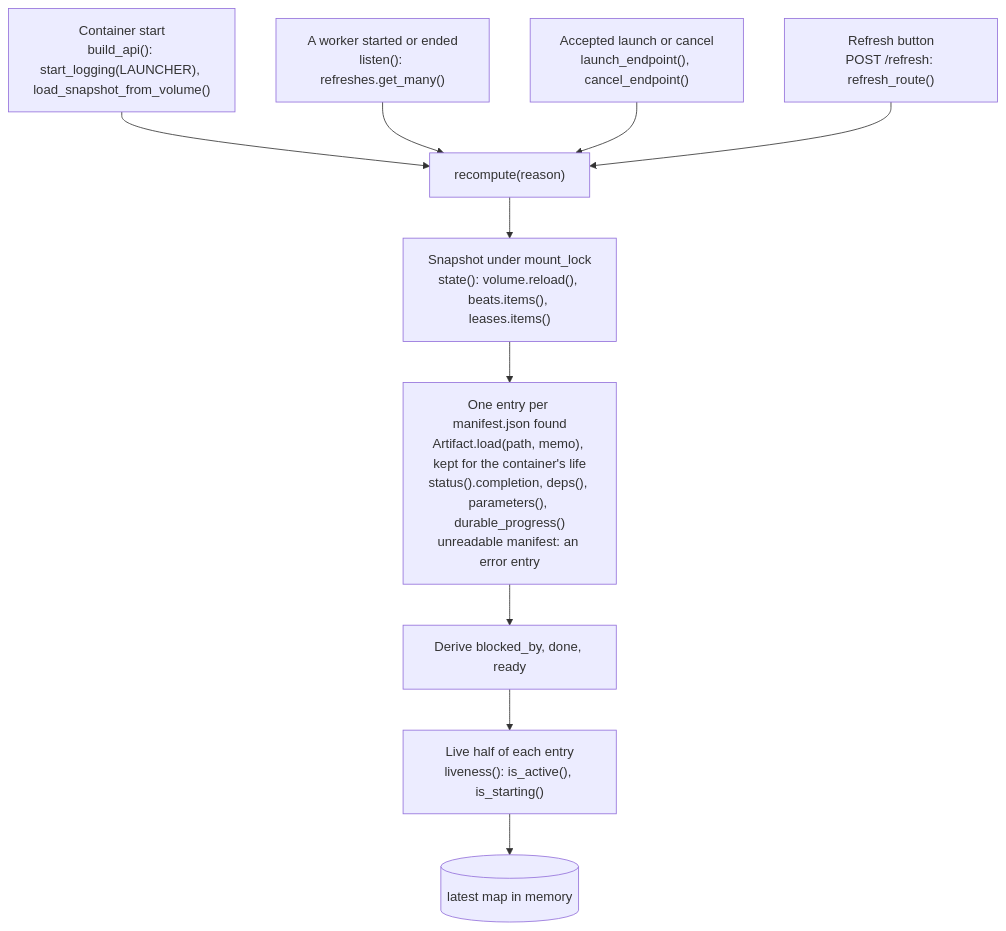
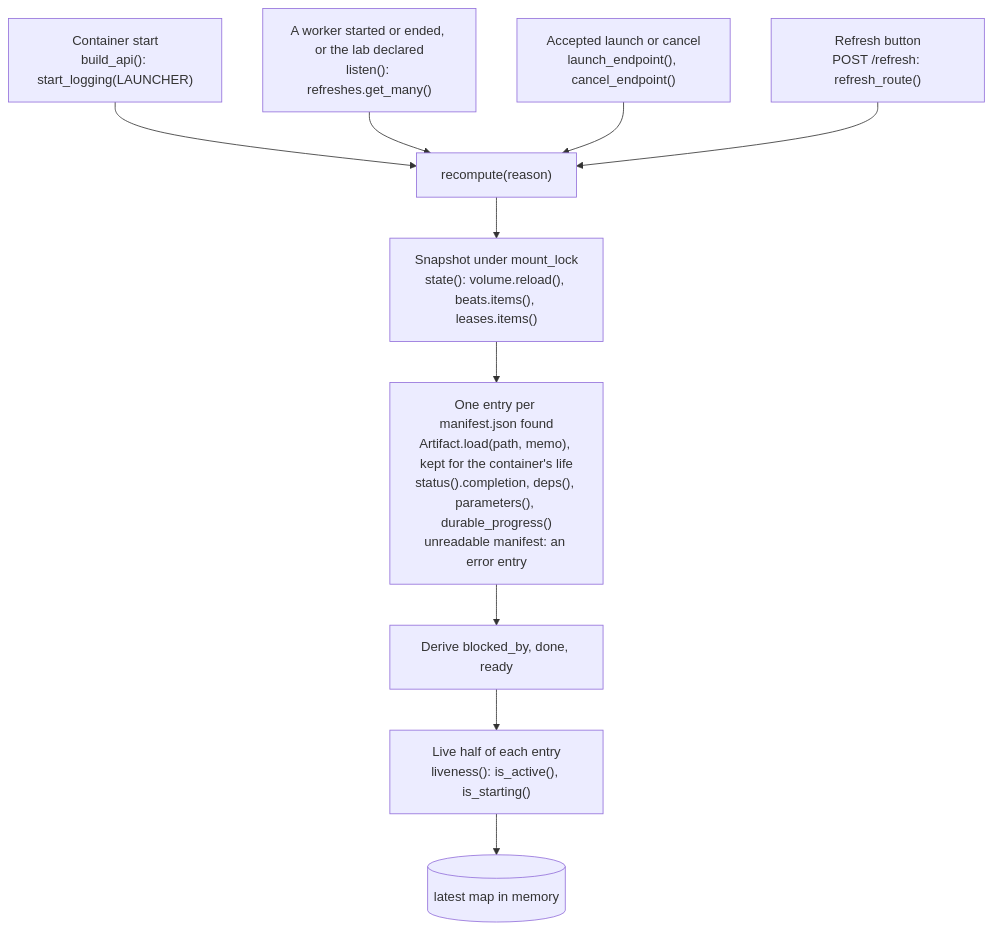
The second of 4 diagrams in docs/launcher.md (ocanphys/launchpad), drawn with Mermaid before and after one commit. The commit also changed other lines of this file and 43 other files, not shown here.

````diff
--- a/docs/launcher.md
+++ b/docs/launcher.md
@@ -111,12 +111,12 @@
 ```mermaid
 flowchart TD
-  T4["Container start<br/>build_api(): start_logging(LAUNCHER), load_snapshot_from_volume()"] --> RC
-  T1["A worker started or ended<br/>listen(): refreshes.get_many()"] --> RC
+  T4["Container start<br/>build_api(): start_logging(LAUNCHER)"] --> RC
+  T1["A worker started or ended, or the lab declared<br/>listen(): refreshes.get_many()"] --> RC
   T2["Accepted launch or cancel<br/>launch_endpoint(), cancel_endpoint()"] --> RC
   T3["Refresh button<br/>POST /refresh: refresh_route()"] --> RC
   RC["recompute(reason)"] --> ST["Snapshot under mount_lock<br/>state(): volume.reload(), beats.items(), leases.items()"]
   ST --> SC["One entry per manifest.json found<br/>Artifact.load(path, memo), kept for the container's life<br/>status().completion, deps(), parameters(), durable_progress()<br/>unreadable manifest: an error entry"]
   SC --> DR["Derive blocked_by, done, ready"]
   DR --> LV["Live half of each entry<br/>liveness(): is_active(), is_starting()"]
   LV --> LAT[("latest map in memory")]
 ```
````
